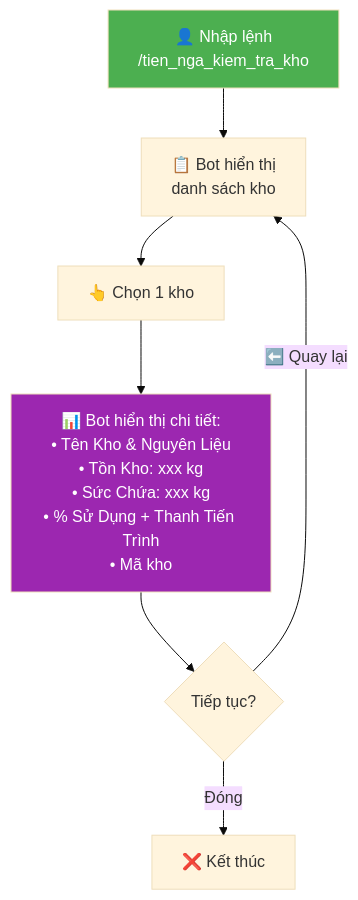
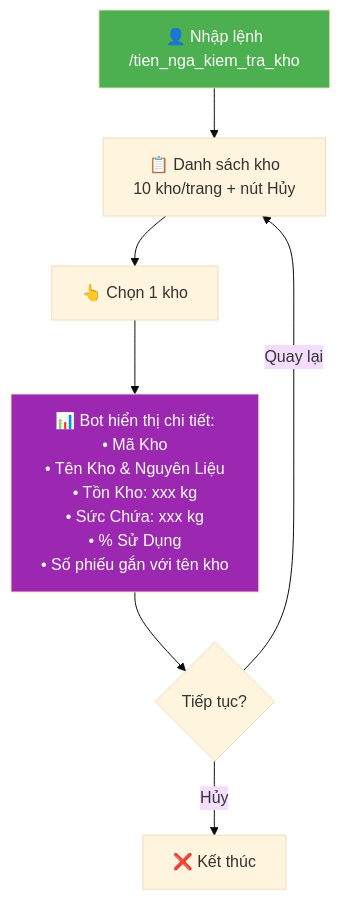
The fourth of 8 diagrams in inventory_workflow.md (danglm/backend_bot), drawn with Mermaid (base theme) before and after one commit. The commit also changed other lines of this file and 2 other files, not shown here.

````diff
--- a/inventory_workflow.md
+++ b/inventory_workflow.md
@@ -77,12 +95,12 @@
 ```mermaid
 flowchart TD
-    A["👤 Nhập lệnh\n/tien_nga_kiem_tra_kho"] --> B["📋 Bot hiển thị\ndanh sách kho"]
+    A["👤 Nhập lệnh\n/tien_nga_kiem_tra_kho"] --> B["📋 Danh sách kho\n10 kho/trang + nút Hủy"]
     B --> C["👆 Chọn 1 kho"]
-    C --> D["📊 Bot hiển thị chi tiết:\n• Tên Kho & Nguyên Liệu\n• Tồn Kho: xxx kg\n• Sức Chứa: xxx kg\n• % Sử Dụng + Thanh Tiến Trình\n• Mã kho"]
+    C --> D["📊 Bot hiển thị chi tiết:\n• Mã Kho\n• Tên Kho & Nguyên Liệu\n• Tồn Kho: xxx kg\n• Sức Chứa: xxx kg\n• % Sử Dụng\n• Số phiếu gắn với tên kho"]
     D --> E{"Tiếp tục?"}
-    E -- "⬅️ Quay lại" --> B
-    E -- "Đóng" --> F["❌ Kết thúc"]
+    E -- "Quay lại" --> B
+    E -- "Hủy" --> F["❌ Kết thúc"]
 
     style A fill:#4CAF50,color:#fff
     style D fill:#9C27B0,color:#fff
 ```
````
